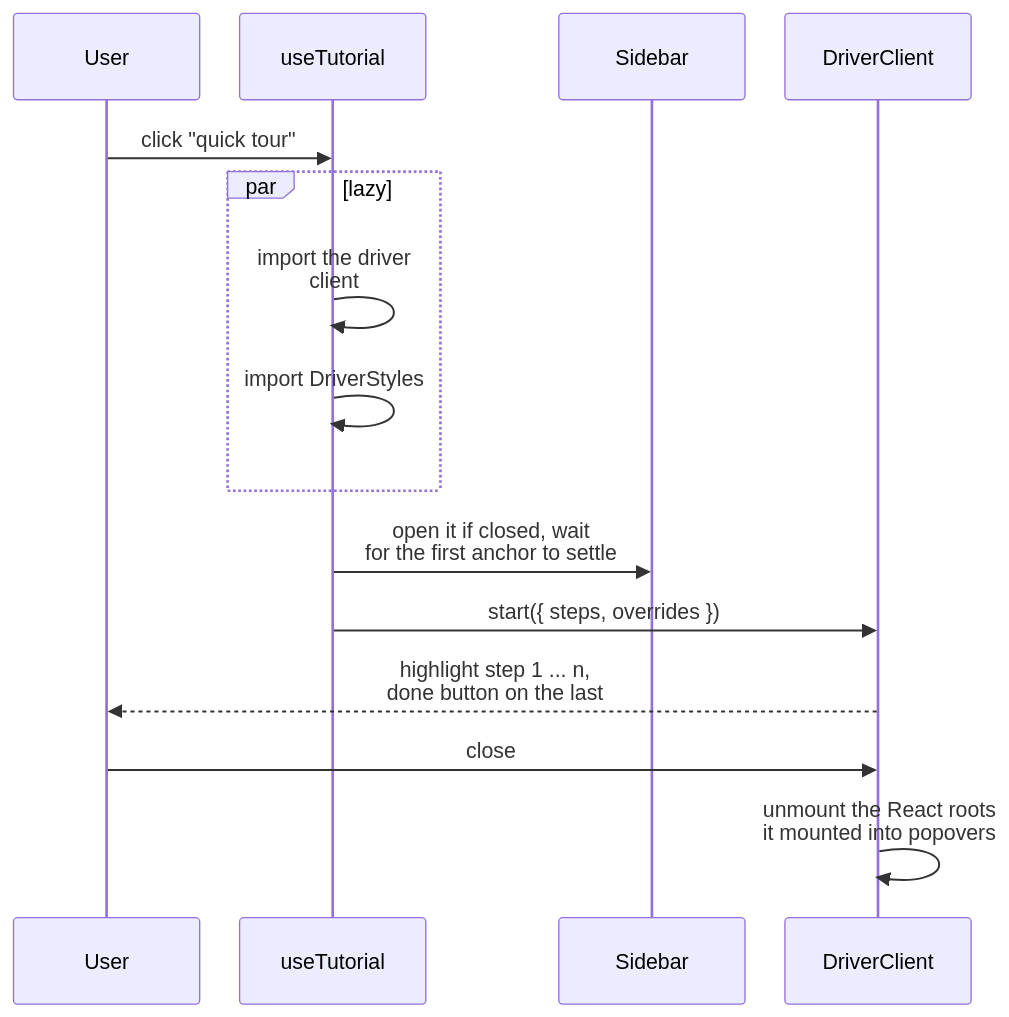
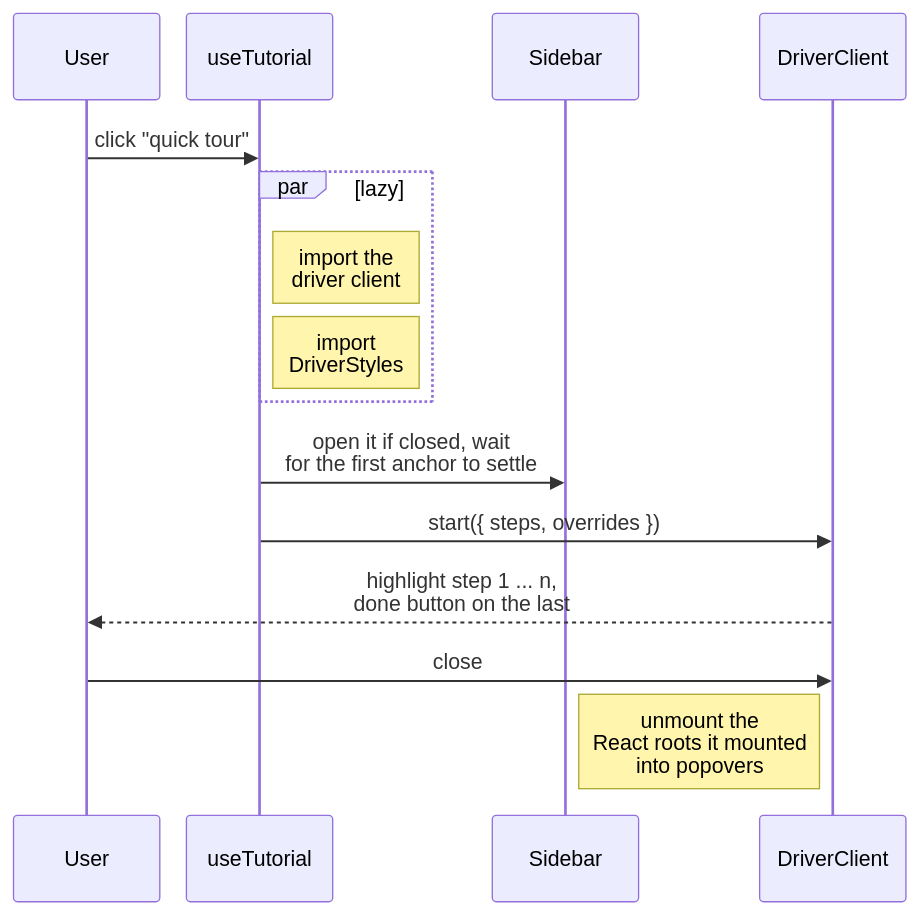
One commit to fbuireu/forever-pto changed the diagram in apps/docs/src/content/docs/how-it-works/tutorial.mdx. Above: the diagram before and after it, drawn with Mermaid. The commit also changed 26 other files, not shown here.

First line of the commit message:
docs(diagrams): fix split words, overlaps and oversized Mermaid diagrams

````diff
--- a/apps/docs/src/content/docs/how-it-works/tutorial.mdx
+++ b/apps/docs/src/content/docs/how-it-works/tutorial.mdx
@@ -9,26 +9,26 @@
 ```mermaid
 ---
 config:
   look: handDrawn
   layout: dagre
   sequence:
     wrap: true
-    width: 140
-    actorMargin: 30
+    width: 110
+    actorMargin: 20
 ---
 sequenceDiagram
   participant U as User
   participant H as useTutorial
   participant SB as Sidebar
   participant D as DriverClient
   U->>H: click "quick tour"
   par lazy
-    H->>H: import the driver client
-    H->>H: import DriverStyles
+    Note right of H: import the driver client
+    Note right of H: import DriverStyles
   end
   H->>SB: open it if closed, wait<br/>for the first anchor to settle
   H->>D: start({ steps, overrides })
   D-->>U: highlight step 1 ... n,<br/>done button on the last
   U->>D: close
-  D->>D: unmount the React roots<br/>it mounted into popovers
+  Note left of D: unmount the<br/>React roots it mounted<br/>into popovers
 ```
````
